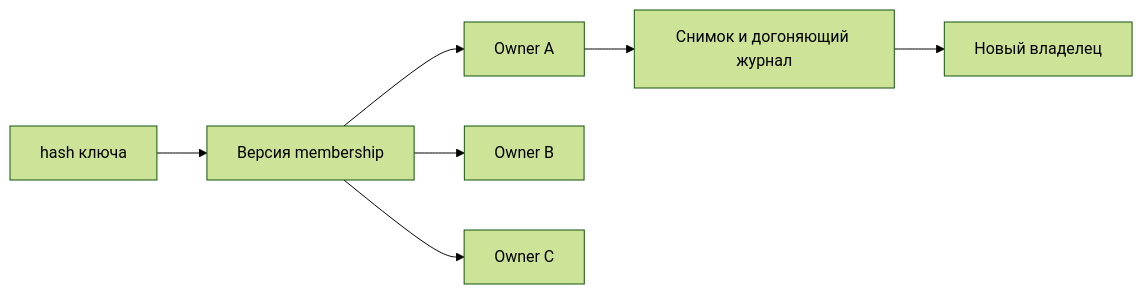
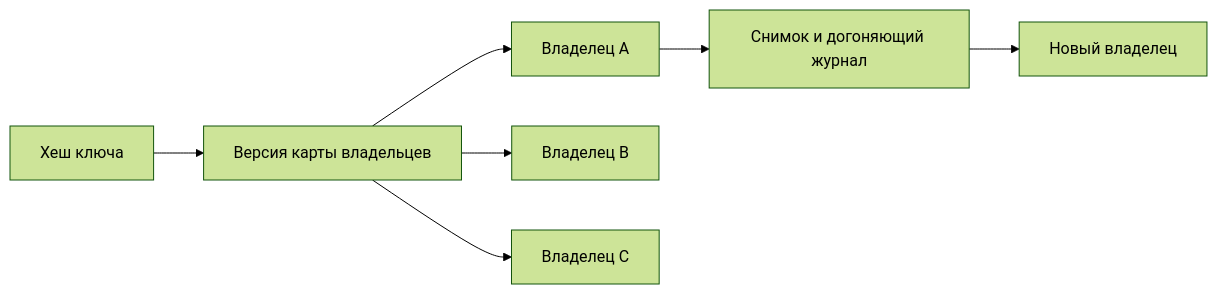
Before and after one commit to leary1337/vault: the diagram in docs/distributed-systems/consistent-hashing.md, drawn with Mermaid (forest theme). The commit also changed other lines of this file and 325 other files, not shown here.

````diff
--- a/docs/distributed-systems/consistent-hashing.md
+++ b/docs/distributed-systems/consistent-hashing.md
@@ -45,9 +26,9 @@
 ```mermaid
 flowchart LR
-    K[hash ключа] --> V[Версия membership]
-    V --> A[Owner A]
-    V --> B[Owner B]
-    V --> C[Owner C]
+    K[Хеш ключа] --> V[Версия карты владельцев]
+    V --> A[Владелец A]
+    V --> B[Владелец B]
+    V --> C[Владелец C]
     A --> Move[Снимок и догоняющий журнал]
     Move --> New[Новый владелец]
 ```
````
